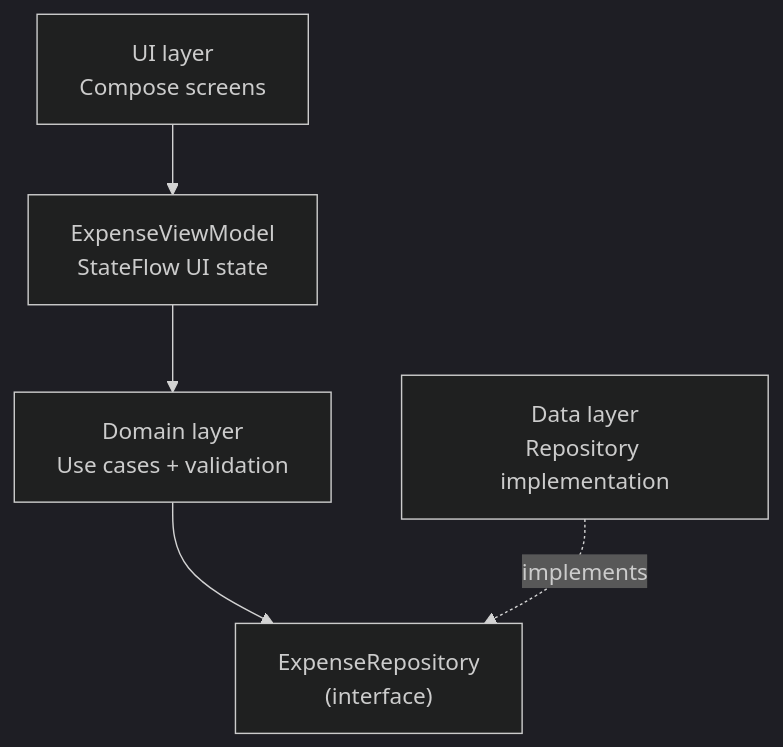
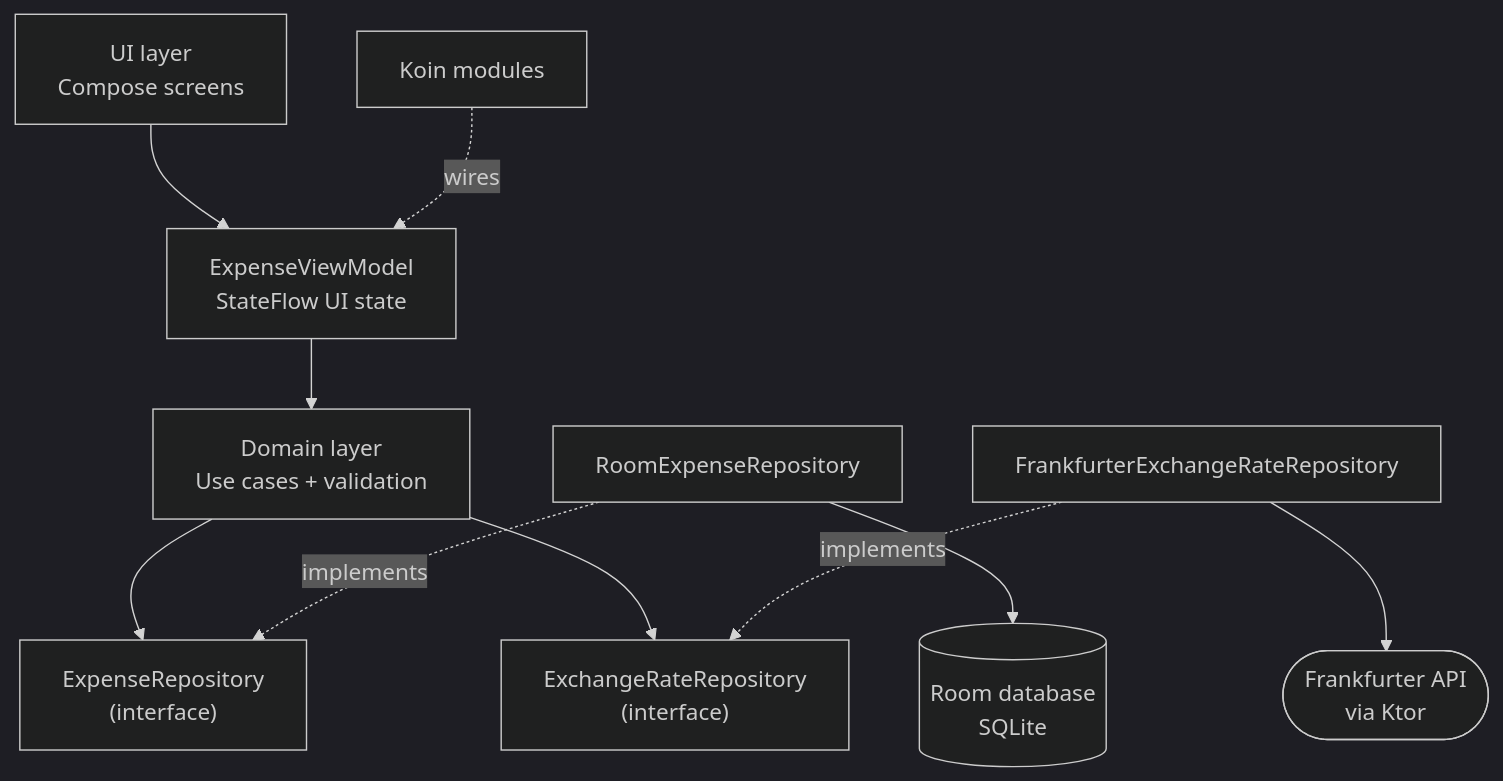
Before and after one commit to nijobenny/SpendWise: the diagram in README.md, drawn with Mermaid (dark theme). The commit also changed other lines of this file and 61 other files, not shown here.

Commit message:
Add Koin, Ktor currency conversion, edit expense, ViewModel tests, app icon, splash screen and updated README

````diff
--- a/README.md
+++ b/README.md
@@ -50,7 +72,12 @@
 ```mermaid
 flowchart TD
     UI["UI layer<br/>Compose screens"] --> VM["ExpenseViewModel<br/>StateFlow UI state"]
     VM --> UC["Domain layer<br/>Use cases + validation"]
     UC --> R["ExpenseRepository<br/>(interface)"]
-    D["Data layer<br/>Repository implementation"] -.implements.-> R
+    UC --> X["ExchangeRateRepository<br/>(interface)"]
+    D["RoomExpenseRepository"] -.implements.-> R
+    N["FrankfurterExchangeRateRepository"] -.implements.-> X
+    D --> DB[("Room database<br/>SQLite")]
+    N --> API(["Frankfurter API<br/>via Ktor"])
+    K["Koin modules"] -.wires.-> VM
 ```
````
